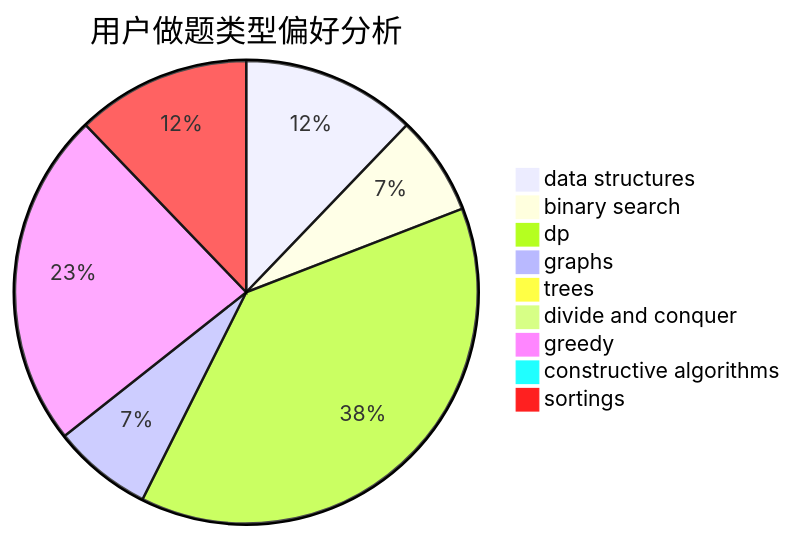
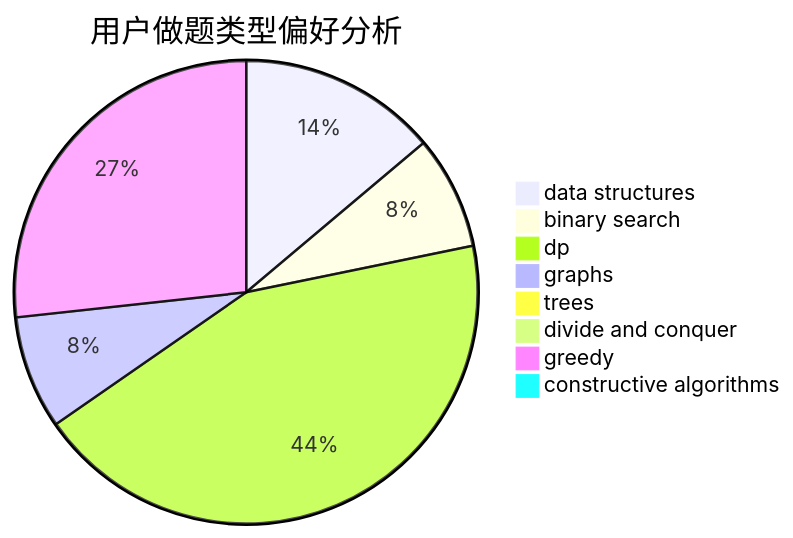
Before and after one commit to sherpahu/cfrs.github.io: the second of 3 diagrams in docs/user/u1995.md, drawn with Mermaid. The commit also changed other lines of this file and 2769 other files, not shown here.

````diff
--- a/docs/user/u1995.md
+++ b/docs/user/u1995.md
@@ -18,12 +18,11 @@
 ```mermaid
 pie title 用户做题类型偏好分析
     "data structures" :  14
     "binary search" :  8
     "dp" :  44
     "graphs" :  8
     "trees" :  0
     "divide and conquer" :  0
     "greedy" :  27
     "constructive algorithms" :  0
-    "sortings" :  14
 ```
````
